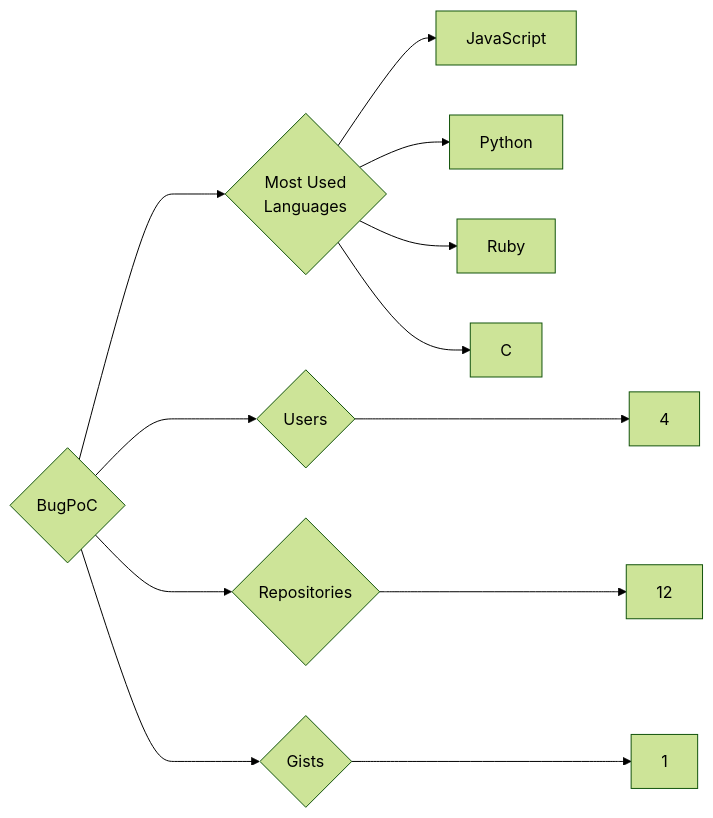
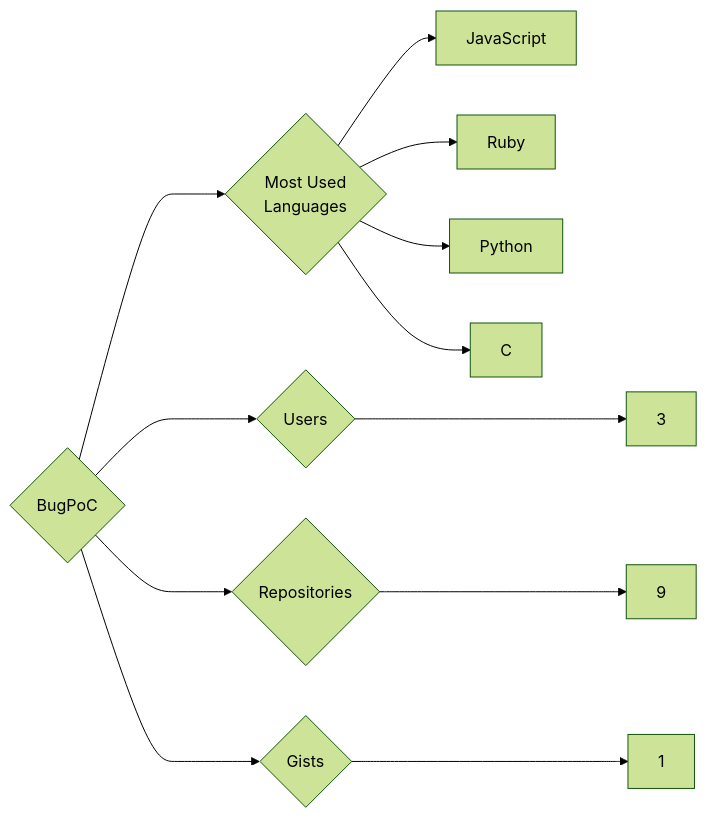
One commit to trickest/insiders changed the diagram in targets/BugPoC/README.md. Above: the diagram before and after it, drawn with Mermaid (forest theme). The commit also changed 998 other files, not shown here.

````diff
--- a/targets/BugPoC/README.md
+++ b/targets/BugPoC/README.md
@@ -3,12 +3,12 @@
 ```mermaid
 graph LR
 COMPANY_NAME{BugPoC}
-COMPANY_NAME ---> U{Users} ---> UN[4]
-COMPANY_NAME ---> R{Repositories} ---> RN[12]
+COMPANY_NAME ---> U{Users} ---> UN[3]
+COMPANY_NAME ---> R{Repositories} ---> RN[9]
 COMPANY_NAME ---> G{Gists} ---> GN[1]
 COMPANY_NAME ---> ML{Most Used<br>Languages}
 ML --> JavaScript[JavaScript]
+ML --> Ruby[Ruby]
 ML --> Python[Python]
-ML --> Ruby[Ruby]
 ML --> C[C]
 ```
````
